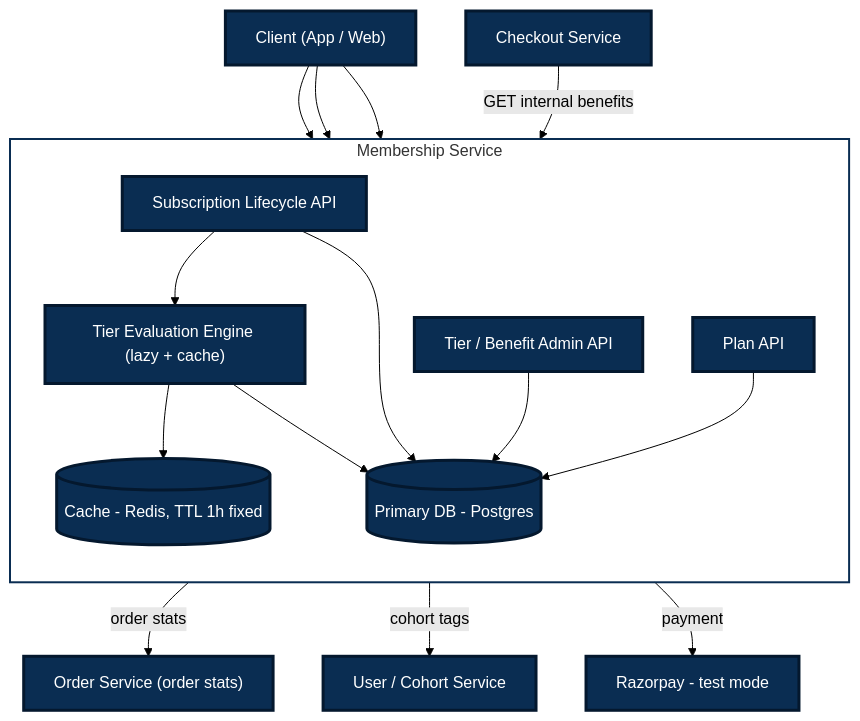
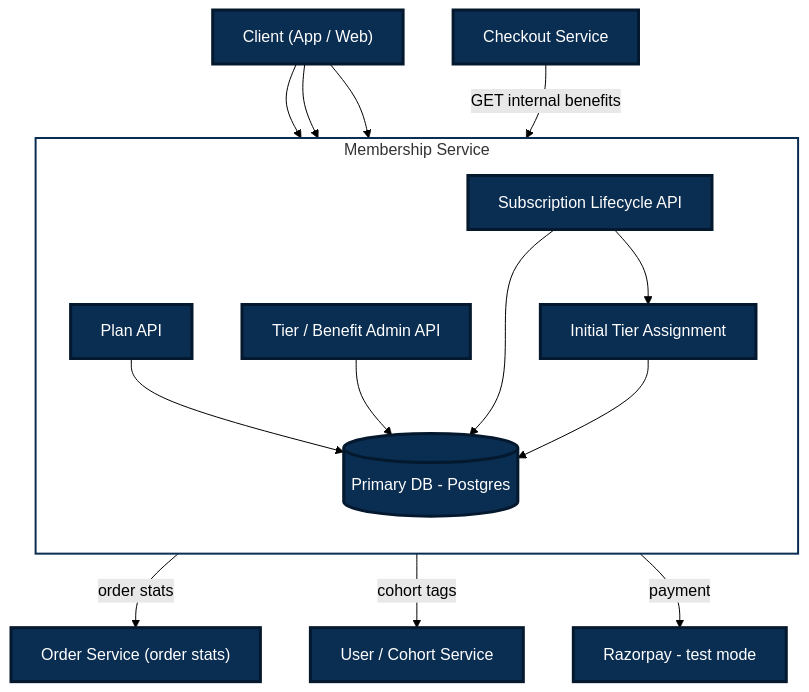
Before and after one commit to Veeru123456778/subscription-plans-engine: the diagram in tech-spec.md, drawn with Mermaid (forest theme). The commit also changed other lines of this file and 1 other file, not shown here.

````diff
--- a/tech-spec.md
+++ b/tech-spec.md
@@ -19,39 +19,37 @@
 ```mermaid
 flowchart TB
     Client["Client (App / Web)"]
     Checkout["Checkout Service"]
  
     subgraph MS["Membership Service"]
         direction TB
         PlanAPI["Plan API"]
         TierAPI["Tier / Benefit Admin API"]
         SubAPI["Subscription Lifecycle API"]
-        Engine["Tier Evaluation Engine (lazy + cache)"]
-        Cache[("Cache - Redis, TTL 1h fixed")]
+        Engine["Initial Tier Assignment"]
         DB[("Primary DB - Postgres")]
  
         SubAPI --> Engine
-        Engine --> Cache
         PlanAPI --> DB
         TierAPI --> DB
         SubAPI --> DB
         Engine --> DB
     end
  
     OrderSvc["Order Service (order stats)"]
     CohortSvc["User / Cohort Service"]
     Razorpay["Razorpay - test mode"]
  
     Client --> PlanAPI
     Client --> TierAPI
     Client --> SubAPI
     Checkout -->|GET internal benefits| SubAPI
     Engine -->|order stats| OrderSvc
     Engine -->|cohort tags| CohortSvc
     SubAPI -->|payment| Razorpay
  
     classDef darkBox fill:#0a2d52,stroke:#04182e,stroke-width:3px,color:#ffffff;
-    class Client,Checkout,PlanAPI,TierAPI,SubAPI,Engine,Cache,DB,OrderSvc,CohortSvc,Razorpay darkBox;
+    class Client,Checkout,PlanAPI,TierAPI,SubAPI,Engine,DB,OrderSvc,CohortSvc,Razorpay darkBox;
  
     style MS fill:none,stroke:#0a2d52,stroke-width:2px
 ```
````
